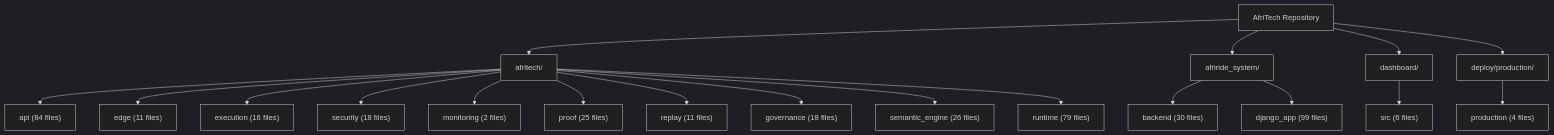
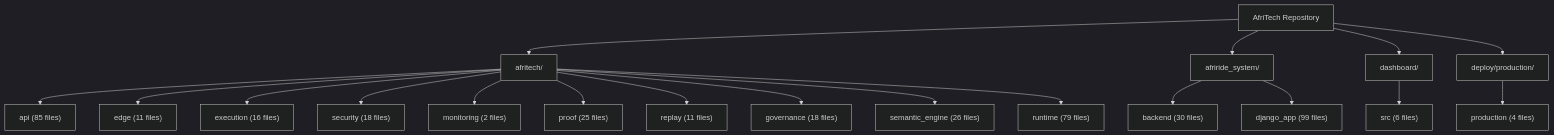
Before and after one commit to Strelly2023/afritelematics: the second of 2 diagrams in docs/architecture/AFRITECH_FULL_ARCHITECTURE_GRAPH.md, drawn with Mermaid (dark theme). The commit also changed other lines of this file and 42 other files, not shown here.

````diff
--- a/docs/architecture/AFRITECH_FULL_ARCHITECTURE_GRAPH.md
+++ b/docs/architecture/AFRITECH_FULL_ARCHITECTURE_GRAPH.md
@@ -64,23 +64,23 @@
 ```mermaid
 flowchart TD
     Root["AfriTech Repository"] --> Core["afritech/"]
     Root --> Ride["afriride_system/"]
     Root --> Ui["dashboard/"]
     Root --> Deploy["deploy/production/"]
 
-    Core --> Api["api (84 files)"]
+    Core --> Api["api (85 files)"]
     Core --> Edge["edge (11 files)"]
     Core --> Execution["execution (16 files)"]
     Core --> Security["security (18 files)"]
     Core --> Monitoring["monitoring (2 files)"]
     Core --> Proof["proof (25 files)"]
     Core --> Replay["replay (11 files)"]
     Core --> Governance["governance (18 files)"]
     Core --> Semantic["semantic_engine (26 files)"]
     Core --> Runtime["runtime (79 files)"]
 
     Ride --> Backend["backend (30 files)"]
     Ride --> Django["django_app (99 files)"]
     Ui --> Dashboard["src (6 files)"]
     Deploy --> Production["production (4 files)"]
 ```
````
